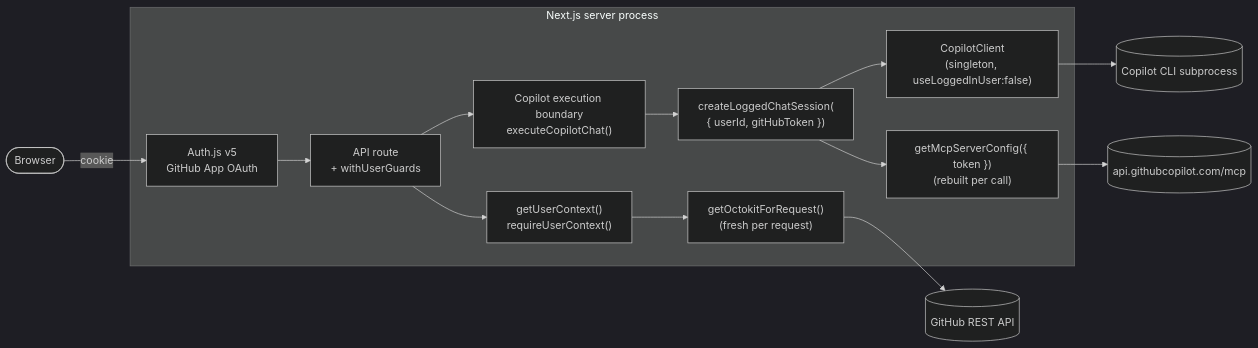
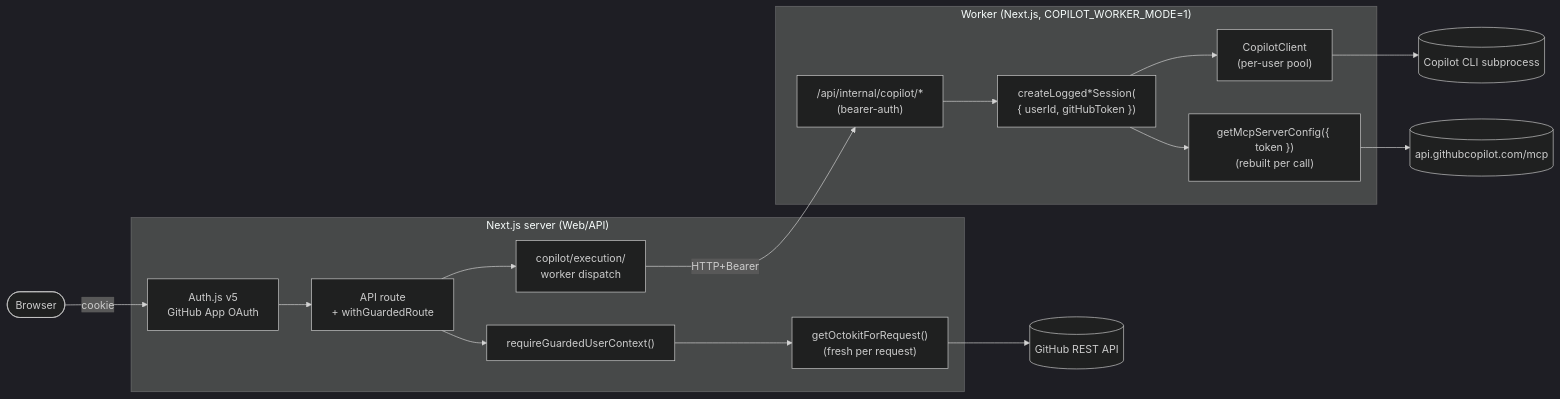
The diagram in docs/architecture-multitenant.md (chrisreddington/flight-school), drawn with Mermaid (dark theme) before and after one commit. The commit also changed other lines of this file and 5 other files, not shown here.

````diff
--- a/docs/architecture-multitenant.md
+++ b/docs/architecture-multitenant.md
@@ -20,27 +20,32 @@
 ```mermaid
 flowchart LR
     Browser([Browser])
 
-    subgraph NextProc["Next.js server process"]
+    subgraph NextProc["Next.js server (Web/API)"]
         AuthJS["Auth.js v5<br/>GitHub App OAuth"]
-        Route["API route<br/>+ withUserGuards"]
-        Exec["Copilot execution boundary<br/>executeCopilotChat()"]
-        Ctx["getUserContext()<br/>requireUserContext()"]
+        Route["API route<br/>+ withGuardedRoute"]
+        Ctx["requireGuardedUserContext()"]
         Oct["getOctokitForRequest()<br/>(fresh per request)"]
-        Sess["createLoggedChatSession(<br/>{ userId, gitHubToken })"]
-        Client["CopilotClient<br/>(singleton, useLoggedInUser:false)"]
+        Exec["copilot/execution/<br/>worker dispatch"]
+    end
+
+    subgraph WorkerProc["Worker (Next.js, COPILOT_WORKER_MODE=1)"]
+        WRoute["/api/internal/copilot/*<br/>(bearer-auth)"]
+        Sess["createLogged*Session(<br/>{ userId, gitHubToken })"]
+        Client["CopilotClient<br/>(per-user pool)"]
         MCP["getMcpServerConfig({ token })<br/>(rebuilt per call)"]
     end
 
     GH[(GitHub REST API)]
     MCPSrv[(api.githubcopilot.com/mcp)]
     Copilot[(Copilot CLI subprocess)]
 
     Browser -->|cookie| AuthJS
     AuthJS --> Route
     Route --> Ctx
     Ctx --> Oct --> GH
-    Route --> Exec --> Sess
+    Route --> Exec -->|HTTP+Bearer| WRoute
+    WRoute --> Sess
     Sess --> Client --> Copilot
     Sess --> MCP --> MCPSrv
 ```
````
